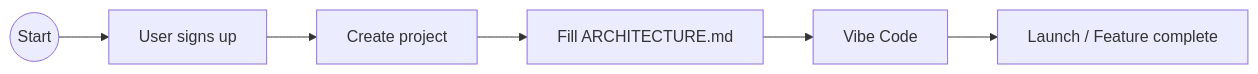
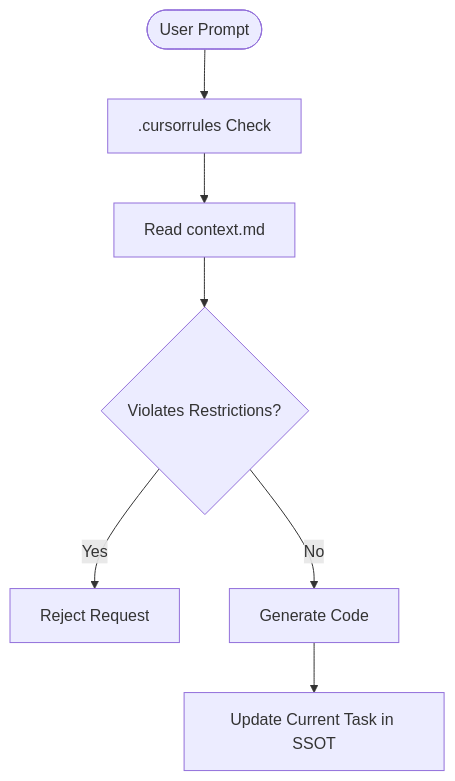
The diagram in README.md (Hangtu/GRIAL-methodology), drawn with Mermaid before and after one commit. The commit also changed other lines of this file and 4 other files, not shown here.

````diff
--- a/README.md
+++ b/README.md
@@ -40,8 +73,9 @@
 ```mermaid
-flowchart LR
-	Start((Start)) --> Signup[User signs up]
-	Signup --> CreateProject[Create project]
-	CreateProject --> FillArch[Fill ARCHITECTURE.md]
-	FillArch --> VibeCode[Vibe Code]
-	VibeCode --> Launch[Launch / Feature complete]
+flowchart TD
+    Start([User Prompt]) --> Rules[.cursorrules Check]
+    Rules --> ReadSSOT[Read context.md]
+    ReadSSOT --> Context{Violates Restrictions?}
+    Context -- Yes --> Reject[Reject Request]
+    Context -- No --> Code[Generate Code]
+    Code --> Update[Update Current Task in SSOT]
 ```
````
